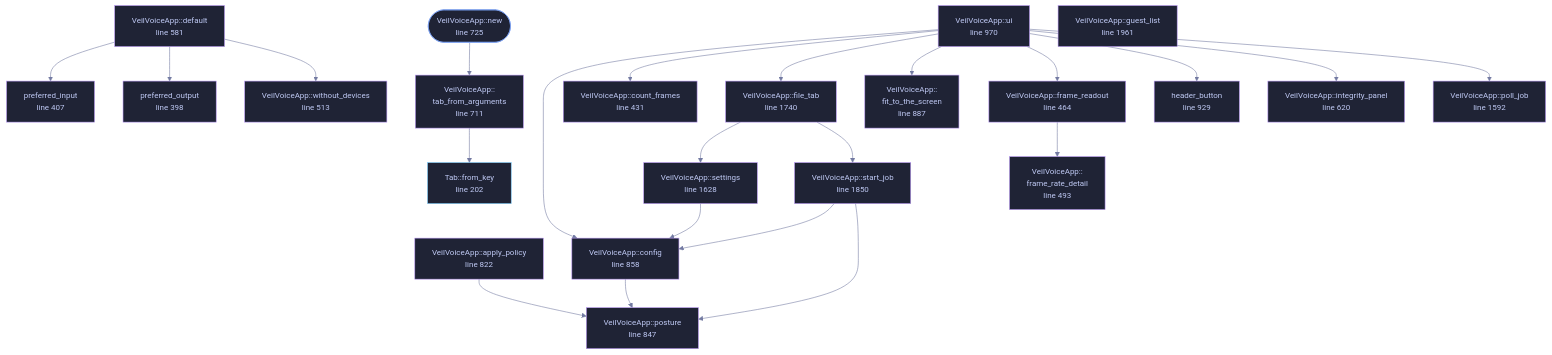
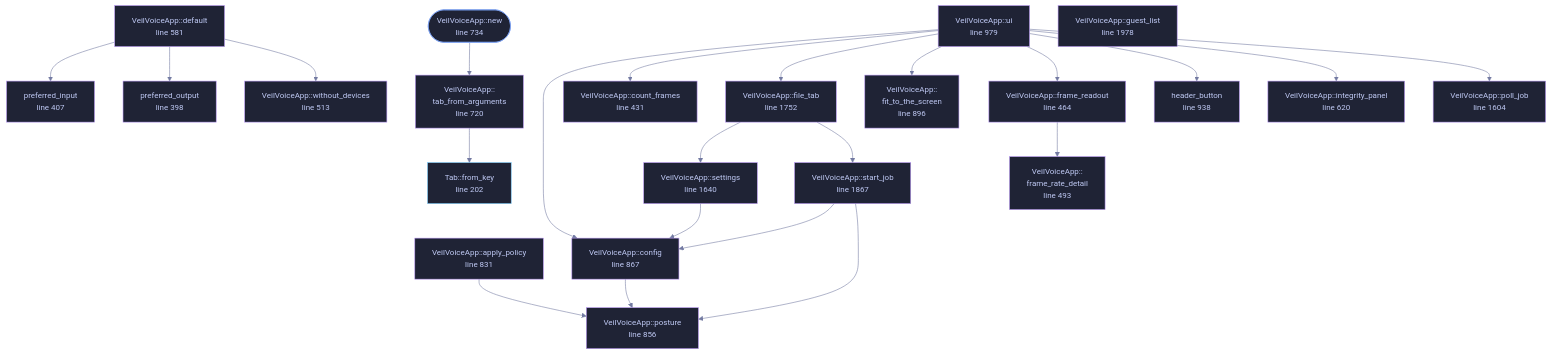
The diagram in docs/files/veilvoice-gui/app.md (tilas01/veilvoice), drawn with Mermaid before and after one commit. The commit also changed other lines of this file and 92 other files, not shown here.

````diff
--- a/docs/files/veilvoice-gui/app.md
+++ b/docs/files/veilvoice-gui/app.md
@@ -192,75 +192,75 @@
 ```mermaid
 %%{init: {"theme":"base","themeVariables":{"background":"#1a1b26","primaryColor":"#1f2335","primaryTextColor":"#c0caf5","primaryBorderColor":"#7aa2f7","secondaryColor":"#16161e","tertiaryColor":"#16161e","lineColor":"#737aa2","textColor":"#c0caf5","mainBkg":"#1f2335","nodeBorder":"#7aa2f7","clusterBkg":"#16161e","clusterBorder":"#2f3549","fontFamily":"ui-monospace, SFMono-Regular, Consolas, monospace","fontSize":"14px"}}}%%
 flowchart TD
     n_from_key["Tab::from_key<br/>line 202"]
     n_preferred_output["preferred_output<br/>line 398"]
     n_preferred_input["preferred_input<br/>line 407"]
     n_count_frames["VeilVoiceApp::count_frames<br/>line 431"]
     n_frame_readout["VeilVoiceApp::frame_readout<br/>line 464"]
     n_frame_rate_detail["VeilVoiceApp::<br/>frame_rate_detail<br/>line 493"]
     n_without_devices["VeilVoiceApp::without_devices<br/>line 513"]
     n_default["VeilVoiceApp::default<br/>line 581"]
     n_integrity_panel["VeilVoiceApp::integrity_panel<br/>line 620"]
-    n_tab_from_arguments["VeilVoiceApp::<br/>tab_from_arguments<br/>line 711"]
-    n_new(["VeilVoiceApp::new<br/>line 725"])
-    n_apply_policy["VeilVoiceApp::apply_policy<br/>line 822"]
-    n_posture["VeilVoiceApp::posture<br/>line 847"]
-    n_config["VeilVoiceApp::config<br/>line 858"]
-    n_fit_to_the_screen["VeilVoiceApp::<br/>fit_to_the_screen<br/>line 887"]
-    n_header_button["header_button<br/>line 929"]
-    n_ui["VeilVoiceApp::ui<br/>line 970"]
-    n_poll_job["VeilVoiceApp::poll_job<br/>line 1592"]
-    n_settings["VeilVoiceApp::settings<br/>line 1628"]
-    n_file_tab["VeilVoiceApp::file_tab<br/>line 1740"]
-    n_start_job["VeilVoiceApp::start_job<br/>line 1850"]
-    n_guest_list["VeilVoiceApp::guest_list<br/>line 1961"]
+    n_tab_from_arguments["VeilVoiceApp::<br/>tab_from_arguments<br/>line 720"]
+    n_new(["VeilVoiceApp::new<br/>line 734"])
+    n_apply_policy["VeilVoiceApp::apply_policy<br/>line 831"]
+    n_posture["VeilVoiceApp::posture<br/>line 856"]
+    n_config["VeilVoiceApp::config<br/>line 867"]
+    n_fit_to_the_screen["VeilVoiceApp::<br/>fit_to_the_screen<br/>line 896"]
+    n_header_button["header_button<br/>line 938"]
+    n_ui["VeilVoiceApp::ui<br/>line 979"]
+    n_poll_job["VeilVoiceApp::poll_job<br/>line 1604"]
+    n_settings["VeilVoiceApp::settings<br/>line 1640"]
+    n_file_tab["VeilVoiceApp::file_tab<br/>line 1752"]
+    n_start_job["VeilVoiceApp::start_job<br/>line 1867"]
+    n_guest_list["VeilVoiceApp::guest_list<br/>line 1978"]
     n_apply_policy --> n_posture
     n_config --> n_posture
     n_default --> n_preferred_input
     n_default --> n_preferred_output
     n_default --> n_without_devices
     n_file_tab --> n_settings
     n_file_tab --> n_start_job
     n_frame_readout --> n_frame_rate_detail
     n_new --> n_tab_from_arguments
     n_settings --> n_config
     n_start_job --> n_config
     n_start_job --> n_posture
     n_tab_from_arguments --> n_from_key
     n_ui --> n_config
     n_ui --> n_count_frames
     n_ui --> n_file_tab
     n_ui --> n_fit_to_the_screen
     n_ui --> n_frame_readout
     n_ui --> n_header_button
     n_ui --> n_integrity_panel
     n_ui --> n_poll_job
     click n_from_key href "https://github.com/tilas01/veilvoice/blob/main/crates/veilvoice-gui/src/app.rs#L202" "open the source"
     click n_preferred_output href "https://github.com/tilas01/veilvoice/blob/main/crates/veilvoice-gui/src/app.rs#L398" "open the source"
     click n_preferred_input href "https://github.com/tilas01/veilvoice/blob/main/crates/veilvoice-gui/src/app.rs#L407" "open the source"
     click n_count_frames href "https://github.com/tilas01/veilvoice/blob/main/crates/veilvoice-gui/src/app.rs#L431" "open the source"
     click n_frame_readout href "https://github.com/tilas01/veilvoice/blob/main/crates/veilvoice-gui/src/app.rs#L464" "open the source"
     click n_frame_rate_detail href "https://github.com/tilas01/veilvoice/blob/main/crates/veilvoice-gui/src/app.rs#L493" "open the source"
     click n_without_devices href "https://github.com/tilas01/veilvoice/blob/main/crates/veilvoice-gui/src/app.rs#L513" "open the source"
     click n_default href "https://github.com/tilas01/veilvoice/blob/main/crates/veilvoice-gui/src/app.rs#L581" "open the source"
     click n_integrity_panel href "https://github.com/tilas01/veilvoice/blob/main/crates/veilvoice-gui/src/app.rs#L620" "open the source"
-    click n_tab_from_arguments href "https://github.com/tilas01/veilvoice/blob/main/crates/veilvoice-gui/src/app.rs#L711" "open the source"
-    click n_new href "https://github.com/tilas01/veilvoice/blob/main/crates/veilvoice-gui/src/app.rs#L725" "open the source"
-    click n_apply_policy href "https://github.com/tilas01/veilvoice/blob/main/crates/veilvoice-gui/src/app.rs#L822" "open the source"
-    click n_posture href "https://github.com/tilas01/veilvoice/blob/main/crates/veilvoice-gui/src/app.rs#L847" "open the source"
-    click n_config href "https://github.com/tilas01/veilvoice/blob/main/crates/veilvoice-gui/src/app.rs#L858" "open the source"
-    click n_fit_to_the_screen href "https://github.com/tilas01/veilvoice/blob/main/crates/veilvoice-gui/src/app.rs#L887" "open the source"
-    click n_header_button href "https://github.com/tilas01/veilvoice/blob/main/crates/veilvoice-gui/src/app.rs#L929" "open the source"
-    click n_ui href "https://github.com/tilas01/veilvoice/blob/main/crates/veilvoice-gui/src/app.rs#L970" "open the source"
-    click n_poll_job href "https://github.com/tilas01/veilvoice/blob/main/crates/veilvoice-gui/src/app.rs#L1592" "open the source"
-    click n_settings href "https://github.com/tilas01/veilvoice/blob/main/crates/veilvoice-gui/src/app.rs#L1628" "open the source"
-    click n_file_tab href "https://github.com/tilas01/veilvoice/blob/main/crates/veilvoice-gui/src/app.rs#L1740" "open the source"
-    click n_start_job href "https://github.com/tilas01/veilvoice/blob/main/crates/veilvoice-gui/src/app.rs#L1850" "open the source"
-    click n_guest_list href "https://github.com/tilas01/veilvoice/blob/main/crates/veilvoice-gui/src/app.rs#L1961" "open the source"
+    click n_tab_from_arguments href "https://github.com/tilas01/veilvoice/blob/main/crates/veilvoice-gui/src/app.rs#L720" "open the source"
+    click n_new href "https://github.com/tilas01/veilvoice/blob/main/crates/veilvoice-gui/src/app.rs#L734" "open the source"
+    click n_apply_policy href "https://github.com/tilas01/veilvoice/blob/main/crates/veilvoice-gui/src/app.rs#L831" "open the source"
+    click n_posture href "https://github.com/tilas01/veilvoice/blob/main/crates/veilvoice-gui/src/app.rs#L856" "open the source"
+    click n_config href "https://github.com/tilas01/veilvoice/blob/main/crates/veilvoice-gui/src/app.rs#L867" "open the source"
+    click n_fit_to_the_screen href "https://github.com/tilas01/veilvoice/blob/main/crates/veilvoice-gui/src/app.rs#L896" "open the source"
+    click n_header_button href "https://github.com/tilas01/veilvoice/blob/main/crates/veilvoice-gui/src/app.rs#L938" "open the source"
+    click n_ui href "https://github.com/tilas01/veilvoice/blob/main/crates/veilvoice-gui/src/app.rs#L979" "open the source"
+    click n_poll_job href "https://github.com/tilas01/veilvoice/blob/main/crates/veilvoice-gui/src/app.rs#L1604" "open the source"
+    click n_settings href "https://github.com/tilas01/veilvoice/blob/main/crates/veilvoice-gui/src/app.rs#L1640" "open the source"
+    click n_file_tab href "https://github.com/tilas01/veilvoice/blob/main/crates/veilvoice-gui/src/app.rs#L1752" "open the source"
+    click n_start_job href "https://github.com/tilas01/veilvoice/blob/main/crates/veilvoice-gui/src/app.rs#L1867" "open the source"
+    click n_guest_list href "https://github.com/tilas01/veilvoice/blob/main/crates/veilvoice-gui/src/app.rs#L1978" "open the source"
     classDef entry fill:#1f2335,stroke:#7aa2f7,color:#c0caf5
     class n_new entry
     classDef api fill:#1f2335,stroke:#7dcfff,color:#c0caf5
     class n_from_key api
     classDef helper fill:#1f2335,stroke:#bb9af7,color:#c0caf5
     class n_preferred_output,n_preferred_input,n_count_frames,n_frame_readout,n_frame_rate_detail,n_without_devices,n_default,n_integrity_panel,n_tab_from_arguments,n_apply_policy,n_posture,n_config,n_fit_to_the_screen,n_header_button,n_ui,n_poll_job,n_settings,n_file_tab,n_start_job,n_guest_list helper
 ```
````
